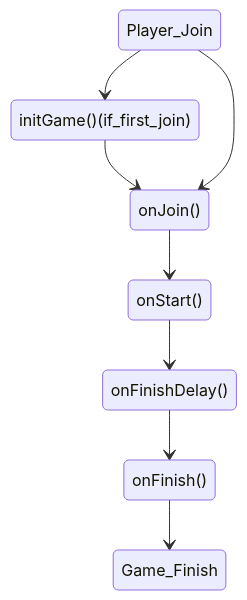
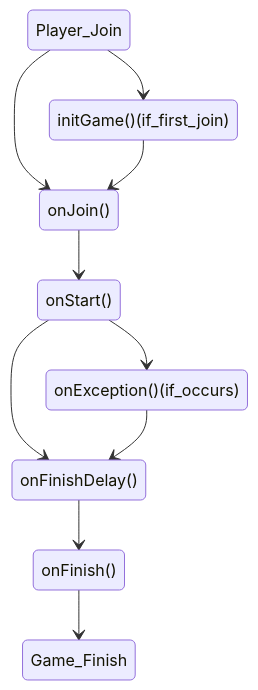
Before and after one commit to MiniGameWorlds/MiniGameWorld: the diagram in resources/devWiki/game-guide/Home.md, drawn with Mermaid. The commit also changed other lines of this file and 23 other files, not shown here.

````diff
--- a/resources/devWiki/game-guide/Home.md
+++ b/resources/devWiki/game-guide/Home.md
@@ -68,10 +70,12 @@
 ```mermaid
 stateDiagram
+    Player_Join --> onJoin()
     Player_Join --> initGame()(if_first_join)
     initGame()(if_first_join) --> onJoin()
-    Player_Join --> onJoin()
     onJoin() --> onStart()
     onStart() --> onFinishDelay()
+    onStart() --> onException()(if_occurs)
+    onException()(if_occurs) --> onFinishDelay()
     onFinishDelay() --> onFinish()
     onFinish() --> Game_Finish
 ```
````
